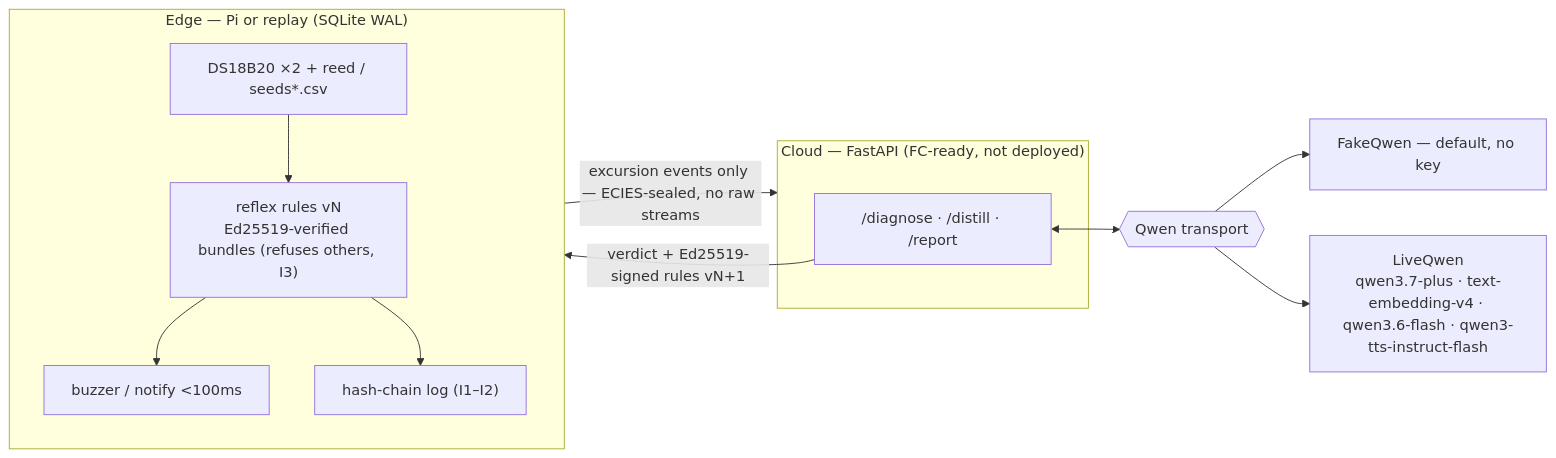
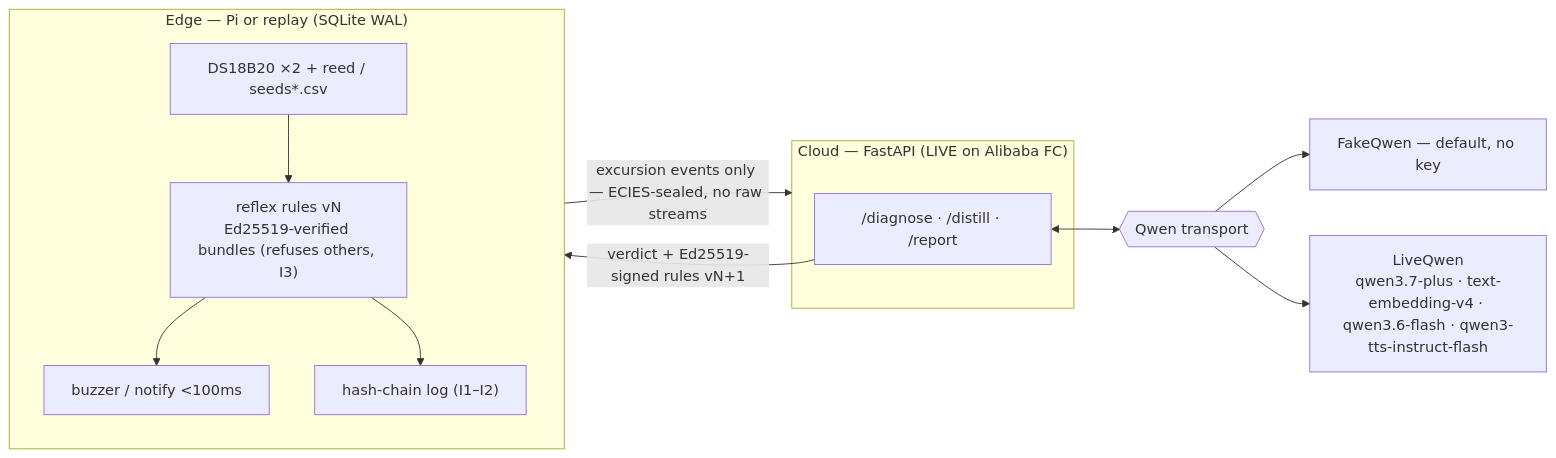
Before and after one commit to edycutjong/permafrost: the diagram in README.md, drawn with Mermaid. The commit also changed other lines of this file and 3 other files, not shown here.

First line of the commit message:
docs(deploy): Permafrost live on Alibaba Function Compute

````diff
--- a/README.md
+++ b/README.md
@@ -86,16 +87,16 @@
 ```mermaid
 flowchart LR
   subgraph E["Edge — Pi or replay (SQLite WAL)"]
     SEN["DS18B20 ×2 + reed / seeds*.csv"] --> RX["reflex rules vN<br/>Ed25519-verified bundles (refuses others, I3)"]
     RX --> ACT["buzzer / notify <100ms"]
     RX --> LOG["hash-chain log (I1–I2)"]
   end
   E -- "excursion events only — ECIES-sealed, no raw streams" --> C
-  subgraph C["Cloud — FastAPI (FC-ready, not deployed)"]
+  subgraph C["Cloud — FastAPI (LIVE on Alibaba FC)"]
     D["/diagnose · /distill · /report"]
   end
   D <--> T{{"Qwen transport"}}
   T --> FK["FakeQwen — default, no key"]
   T --> LV["LiveQwen<br/>qwen3.7-plus · text-embedding-v4 · qwen3.6-flash · qwen3-tts-instruct-flash"]
   D -- "verdict + Ed25519-signed rules vN+1" --> E
 ```
````
